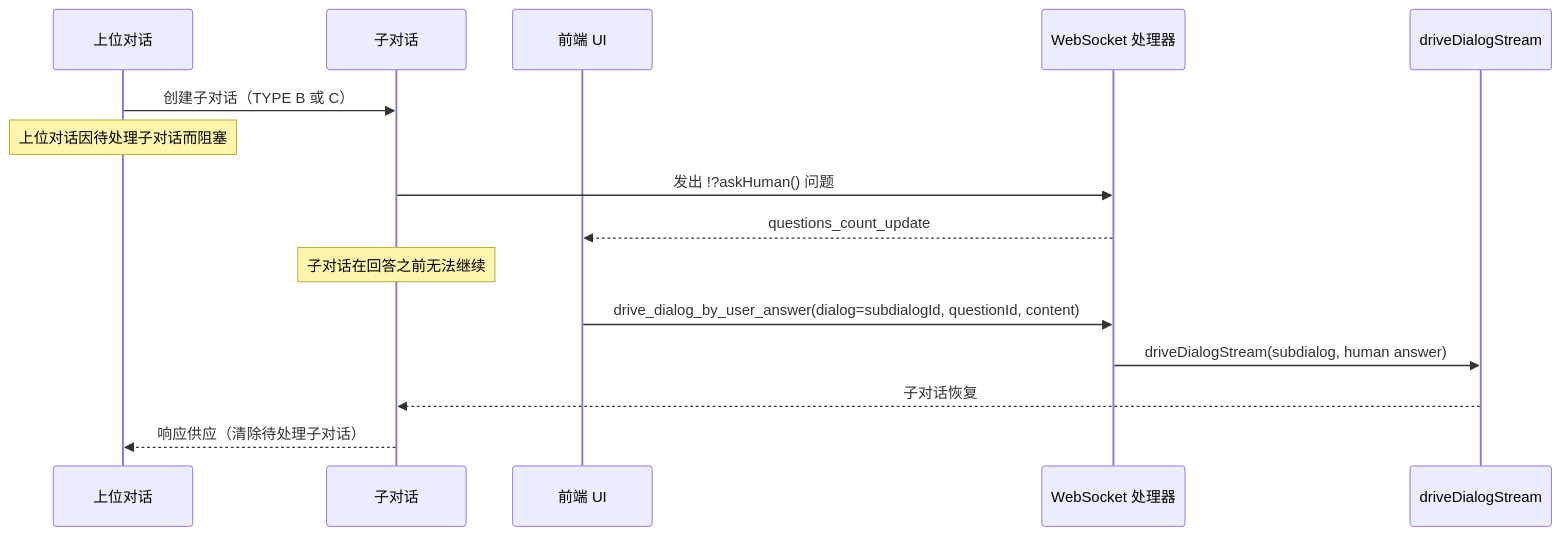
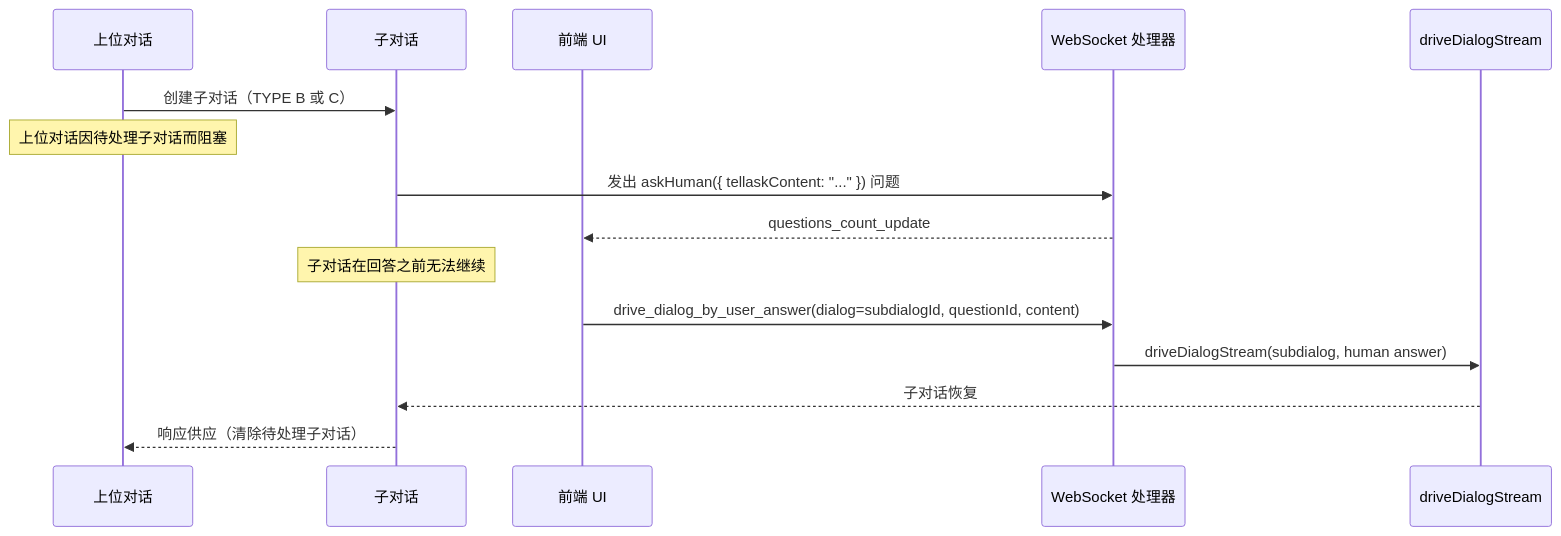
The fourth of 18 diagrams in docs/dialog-system.zh.md (longrun-ai/dominds), drawn with Mermaid before and after one commit. The commit also changed other lines of this file and 13 other files, not shown here.

````diff
--- a/docs/dialog-system.zh.md
+++ b/docs/dialog-system.zh.md
@@ -539,20 +560,20 @@
 ```mermaid
 sequenceDiagram
   participant Sup as 上位对话
   participant Sub as 子对话
   participant UI as 前端 UI
   participant WS as WebSocket 处理器
   participant Driver as driveDialogStream
 
   Sup->>Sub: 创建子对话（TYPE B 或 C）
   Note over Sup: 上位对话因待处理子对话而阻塞
 
-  Sub->>WS: 发出 !?askHuman() 问题
+  Sub->>WS: 发出 askHuman({ tellaskContent: "..." }) 问题
   WS-->>UI: questions_count_update
   Note over Sub: 子对话在回答之前无法继续
 
   UI->>WS: drive_dialog_by_user_answer(dialog=subdialogId, questionId, content)
   WS->>Driver: driveDialogStream(subdialog, human answer)
   Driver-->>Sub: 子对话恢复
   Sub-->>Sup: 响应供应（清除待处理子对话）
 ```
````
